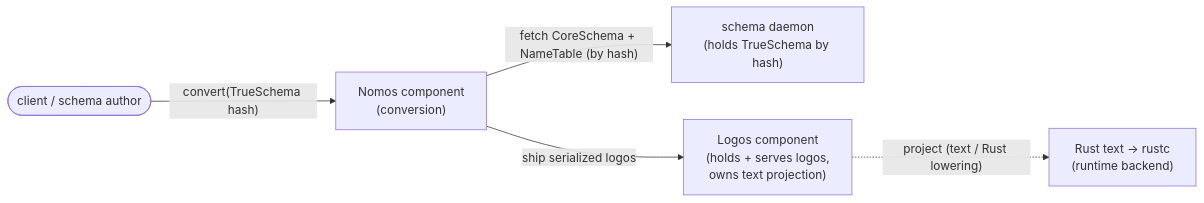
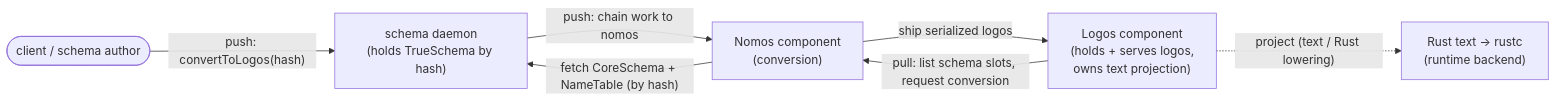
The diagram in reports/logos/architecture-v0.md (LiGoldragon/primary), drawn with Mermaid before and after one commit. The commit also changed other lines of this file, not shown here.

````diff
--- a/reports/logos/architecture-v0.md
+++ b/reports/logos/architecture-v0.md
@@ -49,13 +49,15 @@
 ```mermaid
 flowchart LR
   client([client / schema author])
   schemad["schema daemon<br/>(holds TrueSchema by hash)"]
   nomos["Nomos component<br/>(conversion)"]
   logos["Logos component<br/>(holds + serves logos,<br/>owns text projection)"]
   rust["Rust text → rustc<br/>(runtime backend)"]
 
-  client -- "convert(TrueSchema hash)" --> nomos
+  client -- "push: convertToLogos(hash)" --> schemad
+  schemad -- "push: chain work to nomos" --> nomos
+  logos -- "pull: list schema slots, request conversion" --> nomos
   nomos -- "fetch CoreSchema + NameTable (by hash)" --> schemad
   nomos -- "ship serialized logos" --> logos
   logos -. "project (text / Rust lowering)" .-> rust
 ```
````
